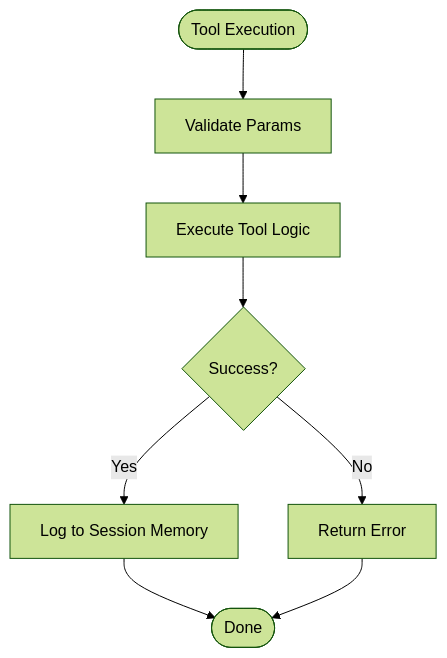
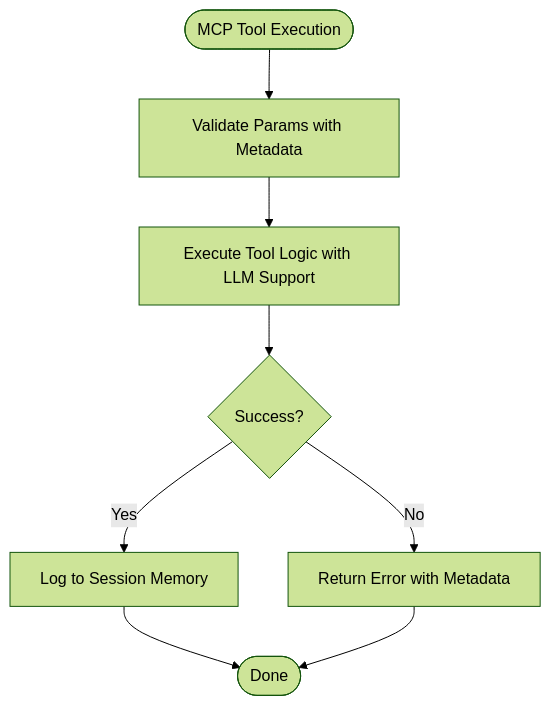
The fourth of 9 diagrams in .qoder/repowiki/en/content/AI Agent System.md (DoVuDung/cv-portfolio-builder), drawn with Mermaid (forest theme) before and after one commit. The commit also changed other lines of this file and 26 other files, not shown here.

First line of the commit message:
docs(agent): update AI Agent System with MCP tool architecture and CV Builder integration

````diff
--- a/.qoder/repowiki/en/content/AI Agent System.md
+++ b/.qoder/repowiki/en/content/AI Agent System.md
@@ -281,10 +293,10 @@
 ```mermaid
 flowchart TD
-Start(["Tool Execution"]) --> Validate["Validate Params"]
-Validate --> Exec["Execute Tool Logic"]
+Start(["MCP Tool Execution"]) --> Validate["Validate Params with Metadata"]
+Validate --> Exec["Execute Tool Logic with LLM Support"]
 Exec --> Success{"Success?"}
 Success --> |Yes| Log["Log to Session Memory"]
-Success --> |No| Error["Return Error"]
+Success --> |No| Error["Return Error with Metadata"]
 Log --> Done(["Done"])
 Error --> Done
 ```
````
